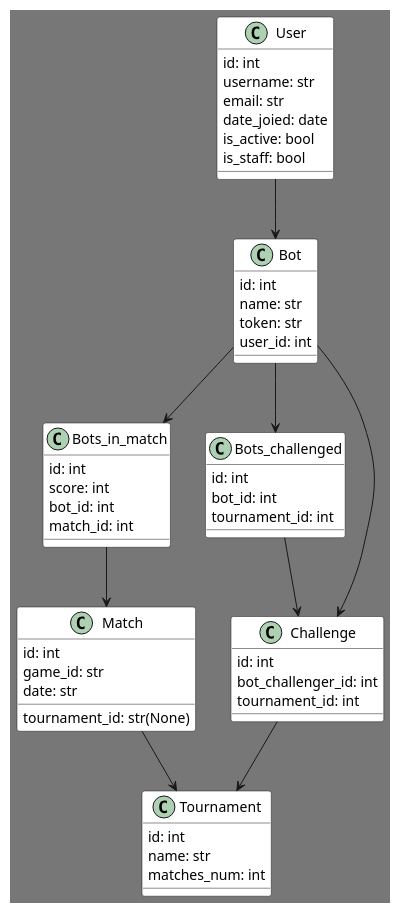
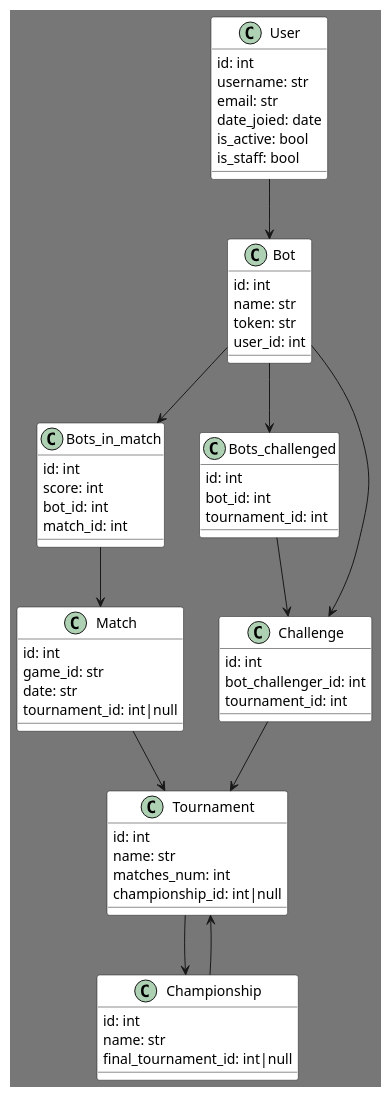
One commit to evbeda/edagames-django changed the diagram in class_diagram.plantuml. Above: the diagram before and after it, drawn with PlantUML. The commit also changed 11 other files, not shown here.

```diff
--- a/class_diagram.plantuml
+++ b/class_diagram.plantuml
@@ -1,63 +1,72 @@
 @startuml
 skinparam ClassFontColor automatic
 skinparam ClassHeaderBackgroundColor #444
 skinparam ClassBackgroundColor #ffffff
 skinparam BackgroundColor #777
 
 class User{
 id: int
 username: str
 email: str
 date_joied: date
 is_active: bool
 is_staff: bool
 }
 
 class Bot{
 id: int
 name: str
 token: str
 user_id: int
 }
 
 class Bots_in_match{
 id: int
 score: int
 bot_id: int
 match_id: int
 }
 
 class Bots_challenged{
 id: int
 bot_id: int
 tournament_id: int
 }
 
 class Challenge{
 id: int
 bot_challenger_id: int
 tournament_id: int
 }
 
 class Match{
 id: int
 game_id: str
 date: str
-tournament_id: str(None)
+tournament_id: int|null
 }
 
 class Tournament{
 id: int
 name: str
 matches_num: int
+championship_id: int|null
+}
+
+class Championship{
+id: int
+name: str
+final_tournament_id: int|null
 }
 
 User --> Bot
 Bot --> Bots_in_match
 Bot --> Bots_challenged
 Bot --> Challenge
 Bots_challenged --> Challenge
 Bots_in_match --> Match
 Match --> Tournament
 Challenge --> Tournament
+Tournament --> Championship
+Championship --> Tournament
 @enduml
```
